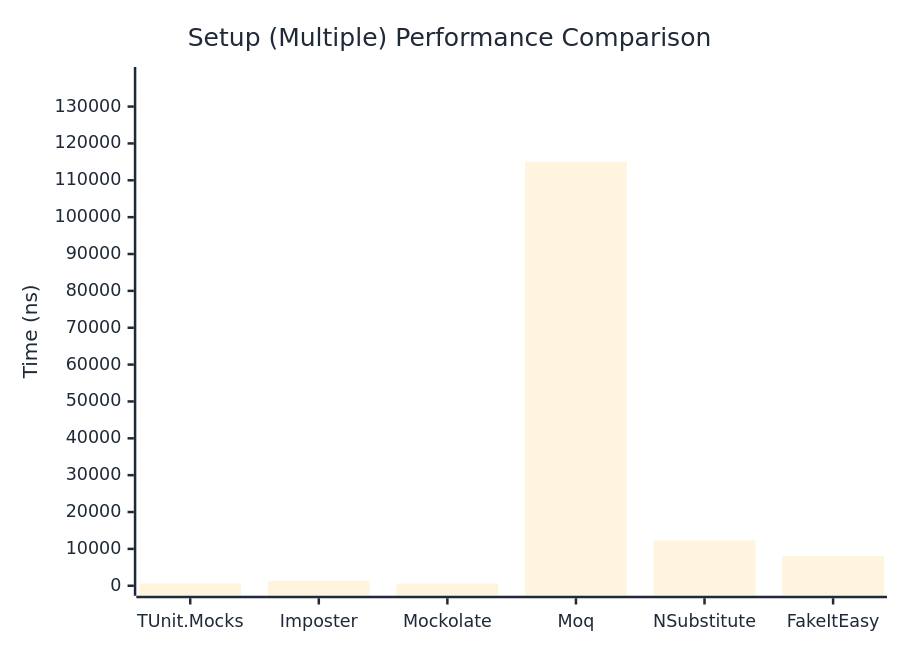
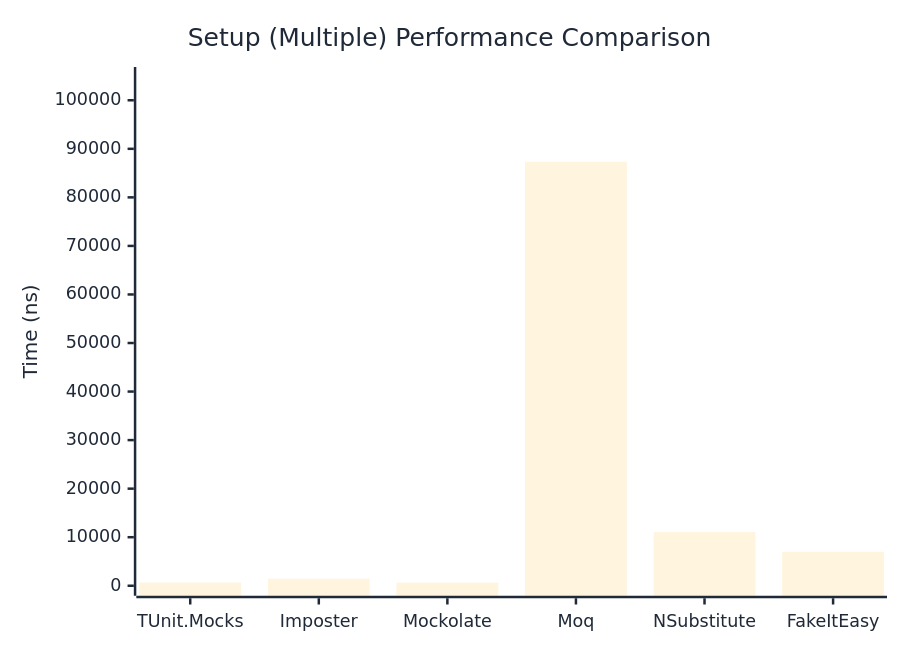
One commit to thomhurst/TUnit changed the second of 2 diagrams in docs/docs/benchmarks/mocks/Setup.md. Above: the diagram before and after it, drawn with Mermaid. The commit also changed other lines of this file and 14 other files, not shown here.

````diff
--- a/docs/docs/benchmarks/mocks/Setup.md
+++ b/docs/docs/benchmarks/mocks/Setup.md
@@ -69,27 +69,27 @@
 ```mermaid
 %%{init: {
   'theme':'base',
   'themeVariables': {
     'primaryColor': '#2563eb',
     'primaryTextColor': '#1f2937',
     'primaryBorderColor': '#1e40af',
     'lineColor': '#6b7280',
     'secondaryColor': '#7c3aed',
     'tertiaryColor': '#dc2626',
     'background': '#ffffff',
     'pie1': '#2563eb',
     'pie2': '#7c3aed',
     'pie3': '#dc2626',
     'pie4': '#f59e0b',
     'pie5': '#10b981',
     'pie6': '#06b6d4',
     'pie7': '#ec4899',
     'pie8': '#6366f1'
   }
 }}%%
 xychart-beta
   title "Setup (Multiple) Performance Comparison"
   x-axis ["TUnit.Mocks", "Imposter", "Mockolate", "Moq", "NSubstitute", "FakeItEasy"]
-  y-axis "Time (ns)" 0 --> 138023
-  bar [590.3, 1336.5, 570.7, 115018.6, 12279.8, 8047.2]
+  y-axis "Time (ns)" 0 --> 104793
+  bar [655.5, 1453.2, 637.3, 87327.3, 11046.9, 7002.1]
 ```
````
